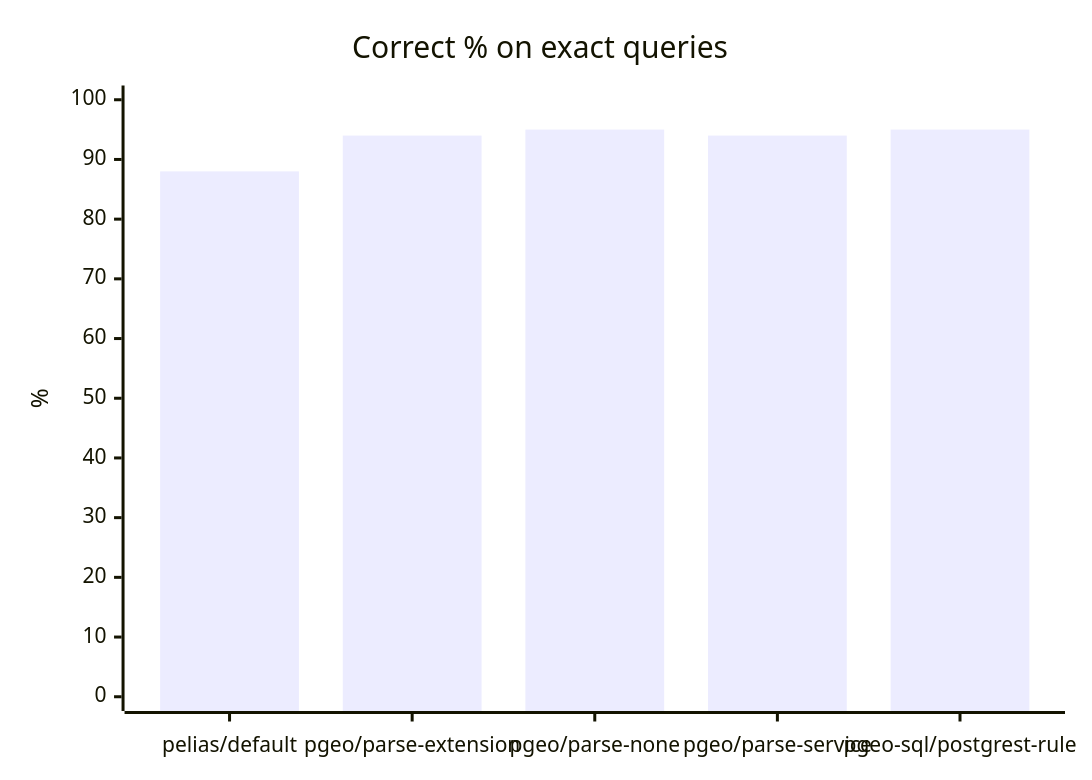
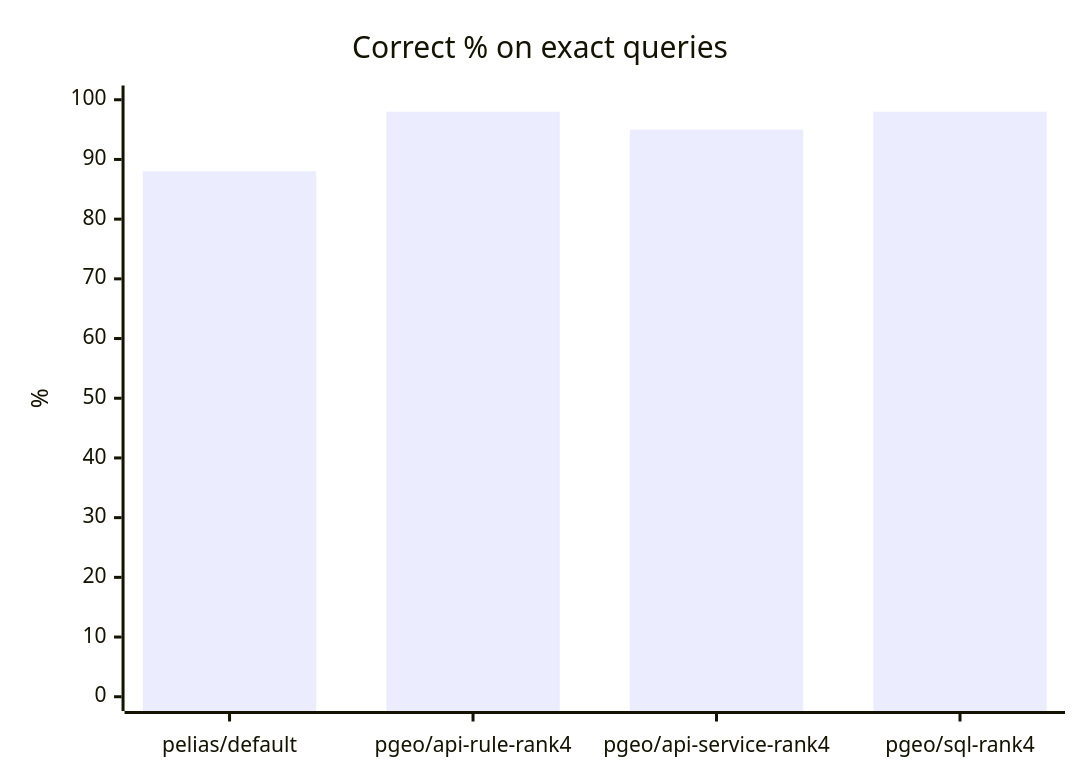
The first of 6 diagrams in docs/ACCURACY_RESULTS.md (johnzastrow/pgeo), drawn with Mermaid before and after one commit. The commit also changed other lines of this file and 5 other files, not shown here.

````diff
--- a/docs/ACCURACY_RESULTS.md
+++ b/docs/ACCURACY_RESULTS.md
@@ -85,7 +74,7 @@
 ```mermaid
 xychart-beta
     title "Correct % on exact queries"
-    x-axis ["pelias/default", "pgeo/parse-extension", "pgeo/parse-none", "pgeo/parse-service", "pgeo-sql/postgrest-rule"]
+    x-axis ["pelias/default", "pgeo/api-rule-rank4", "pgeo/api-service-rank4", "pgeo/sql-rank4"]
     y-axis "%" 0 --> 100
-    bar [88, 94, 95, 94, 95]
+    bar [88, 98, 95, 98]
 ```
````
